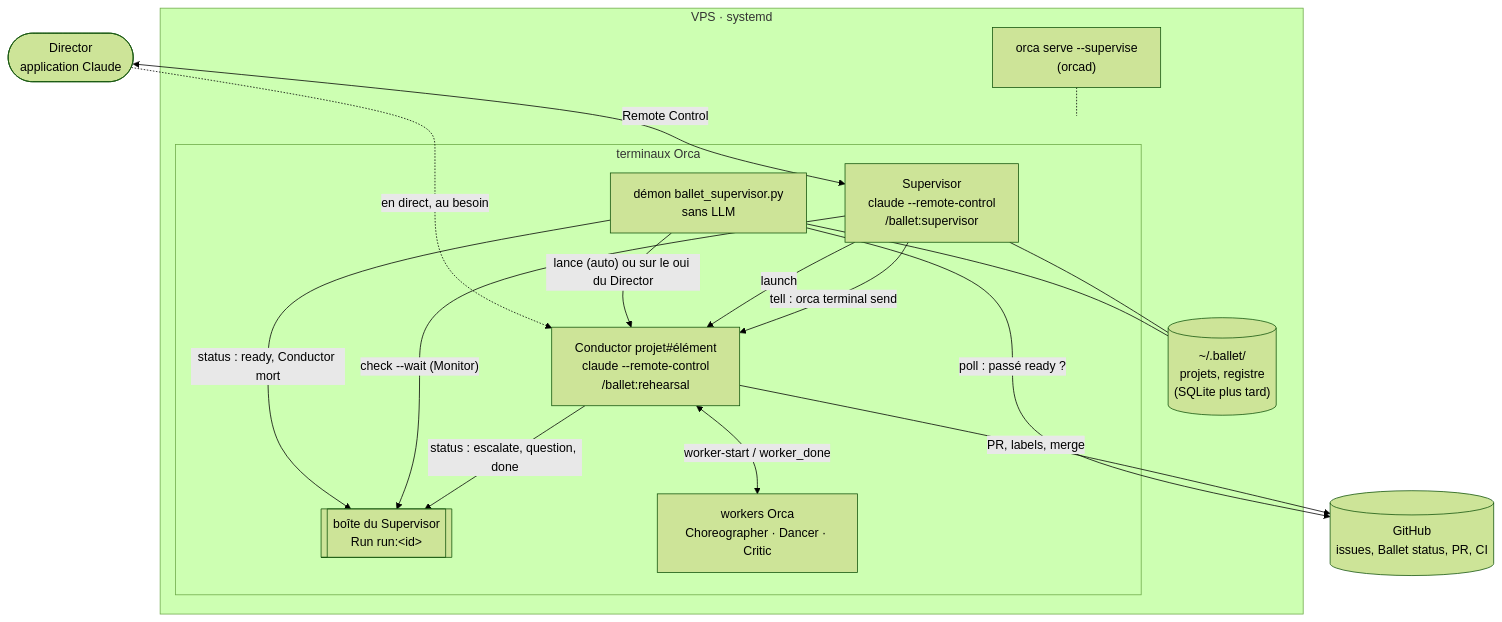
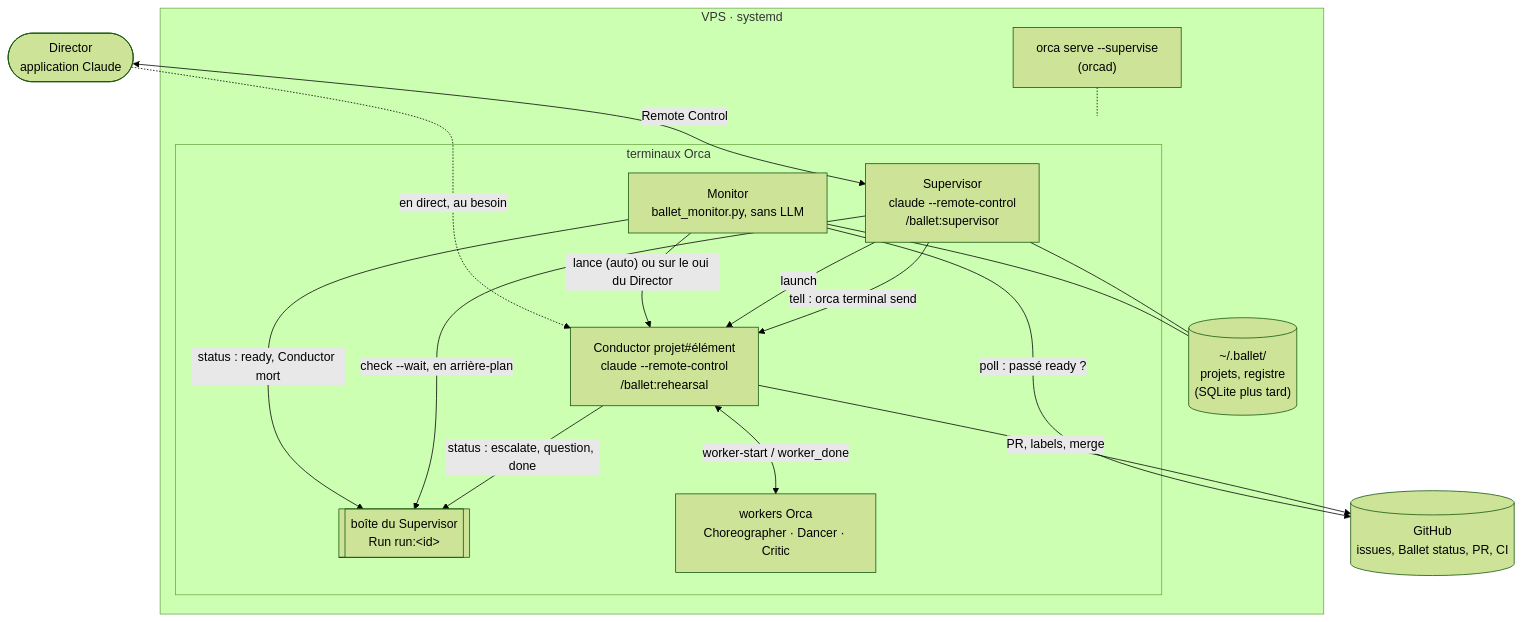
The first of 3 diagrams in docs/spikes/0001-superviseur-boite-orca.md (bdridi/ballet), drawn with Mermaid (forest theme) before and after one commit. The commit also changed other lines of this file and 1 other file, not shown here.

Commit message:
docs: spike 0001 et OPP-02 — distinguer le Monitor (surveille et lance, ballet_monitor.py) du Supervisor (parle au Director)

````diff
--- a/docs/spikes/0001-superviseur-boite-orca.md
+++ b/docs/spikes/0001-superviseur-boite-orca.md
@@ -93,32 +106,32 @@
 ```mermaid
 flowchart TB
     director(["Director<br/>application Claude"])
     github[("GitHub<br/>issues, Ballet status, PR, CI")]
 
     subgraph vps["VPS · systemd"]
         orcad["orca serve --supervise<br/>(orcad)"]
         subgraph orca["terminaux Orca"]
             supervisor["Supervisor<br/>claude --remote-control<br/>/ballet:supervisor"]
             mailbox[["boîte du Supervisor<br/>Run run:&lt;id&gt;"]]
-            daemon["démon ballet_supervisor.py<br/>sans LLM"]
+            daemon["Monitor<br/>ballet_monitor.py, sans LLM"]
             conductor["Conductor projet#élément<br/>claude --remote-control<br/>/ballet:rehearsal"]
             workers["workers Orca<br/>Choreographer · Dancer · Critic"]
         end
         state[("~/.ballet/<br/>projets, registre<br/>(SQLite plus tard)")]
     end
 
     director <-->|Remote Control| supervisor
     director -.->|en direct, au besoin| conductor
     daemon -->|"poll : passé ready ?"| github
     daemon -->|"status : ready, Conductor mort"| mailbox
     daemon -->|"lance (auto) ou sur le oui du Director"| conductor
     daemon --- state
-    supervisor -->|"check --wait (Monitor)"| mailbox
+    supervisor -->|"check --wait, en arrière-plan"| mailbox
     supervisor -->|"launch"| conductor
     supervisor -->|"tell : orca terminal send"| conductor
     supervisor --- state
     conductor -->|"status : escalate, question, done"| mailbox
     conductor <-->|"worker-start / worker_done"| workers
     conductor -->|"PR, labels, merge"| github
     orcad -.- orca
 ```
````
